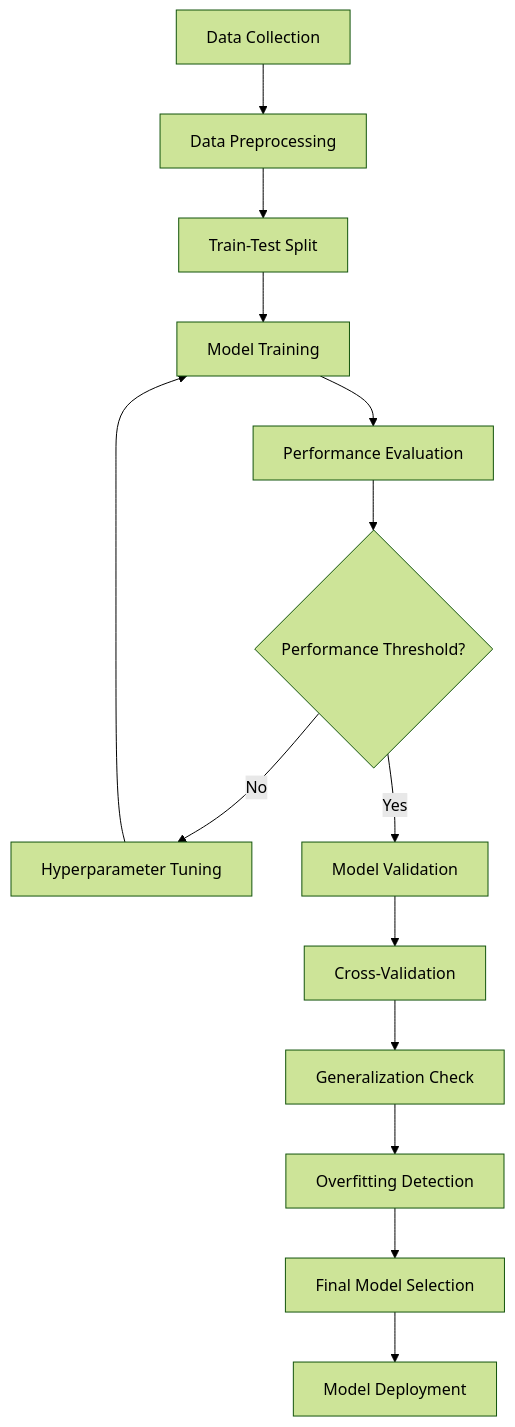
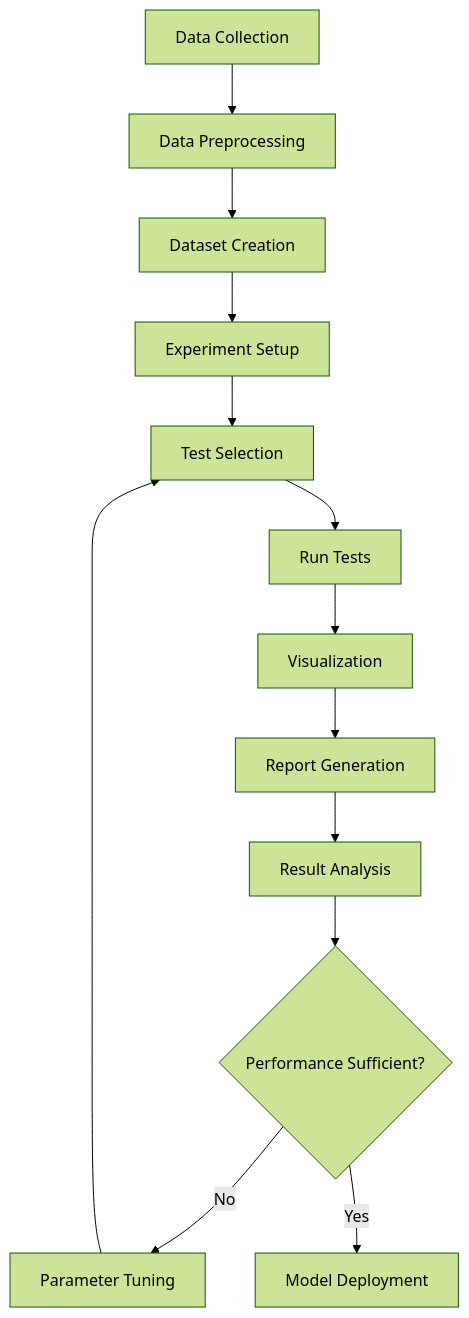
The diagram in docs/guides/validation.md (DeepBridge-Validation/DeepBridge), drawn with Mermaid (forest theme) before and after one commit. The commit also changed other lines of this file and 97 other files, not shown here.

````diff
--- a/docs/guides/validation.md
+++ b/docs/guides/validation.md
@@ -9,16 +9,15 @@
 ```mermaid
 graph TD
     A[Data Collection] --> B[Data Preprocessing]
-    B --> C[Train-Test Split]
-    C --> D[Model Training]
-    D --> E[Performance Evaluation]
-    E --> F{Performance Threshold?}
-    F -->|No| G[Hyperparameter Tuning]
-    G --> D
-    F -->|Yes| H[Model Validation]
-    H --> I[Cross-Validation]
-    I --> J[Generalization Check]
-    J --> K[Overfitting Detection]
-    K --> L[Final Model Selection]
-    L --> M[Model Deployment]
+    B --> C[Dataset Creation]
+    C --> D[Experiment Setup]
+    D --> E[Test Selection]
+    E --> F[Run Tests]
+    F --> G[Visualization]
+    G --> H[Report Generation]
+    H --> I[Result Analysis]
+    I --> J{Performance Sufficient?}
+    J -->|No| K[Parameter Tuning]
+    K --> E
+    J -->|Yes| L[Model Deployment]
 ```
````
